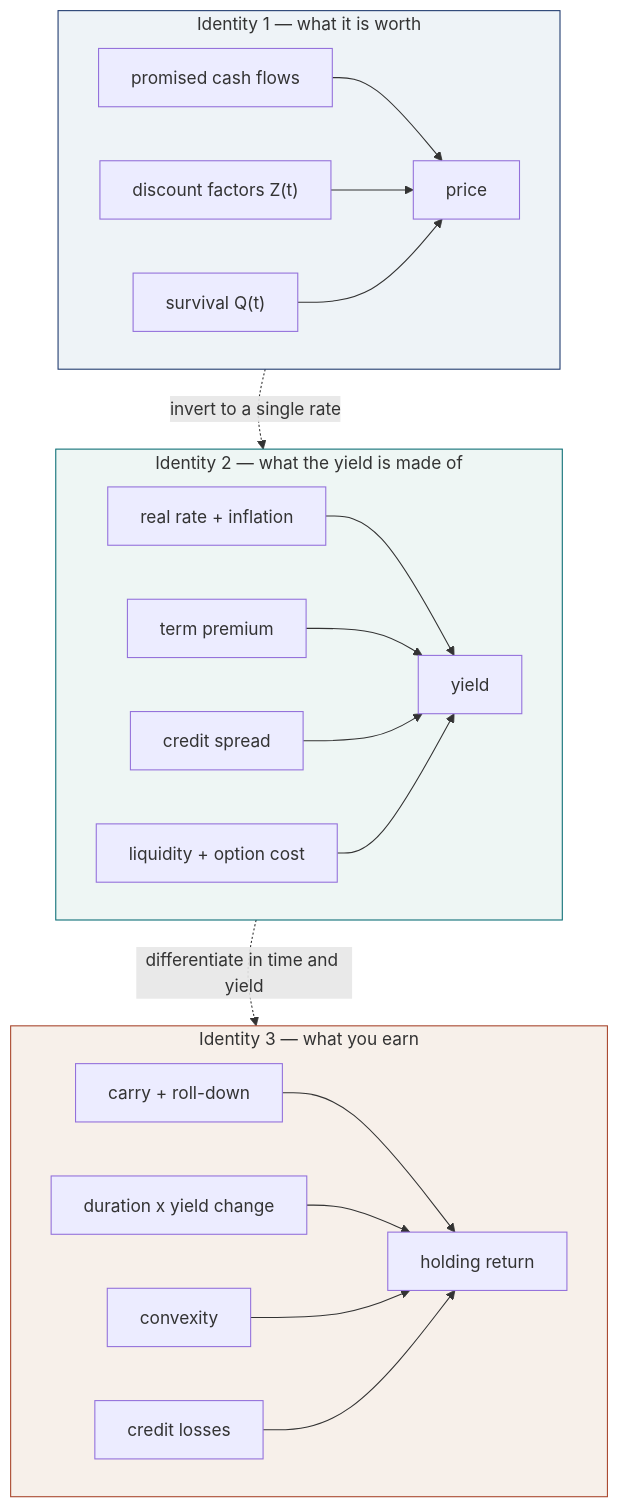
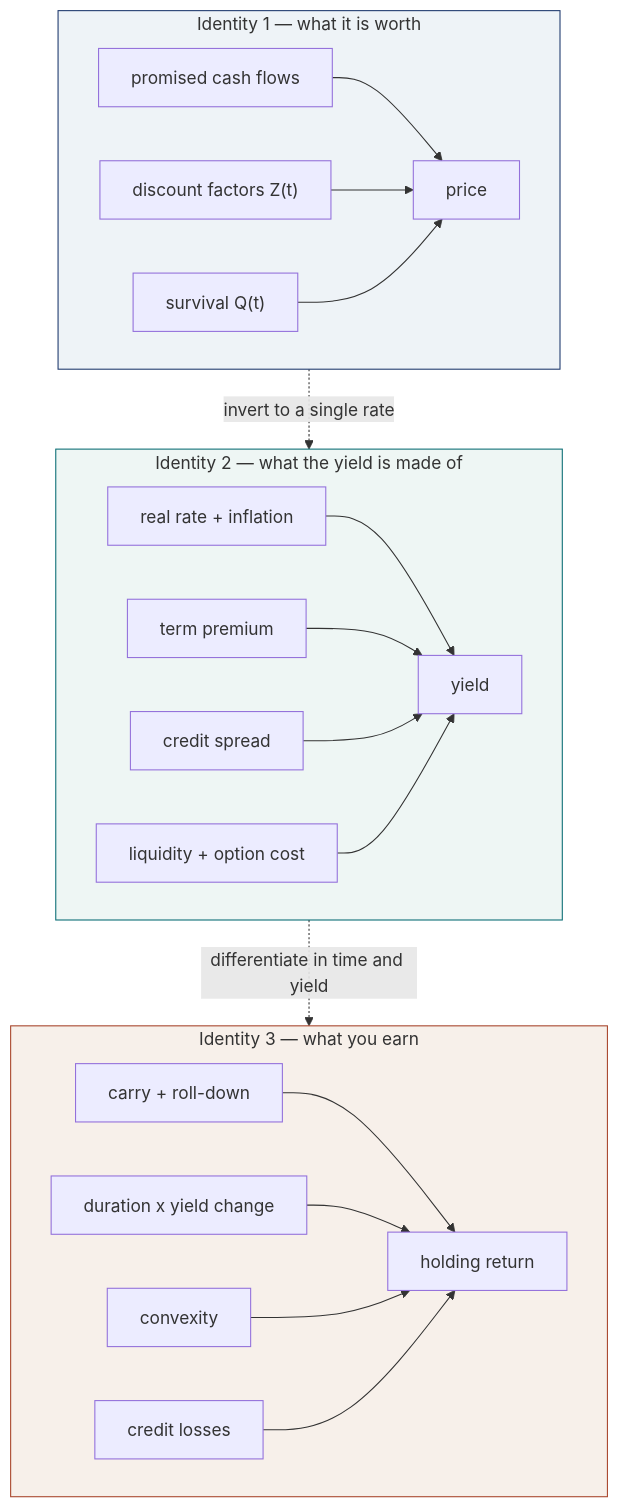
The first of 6 diagrams in bond_markets.md (rmahfoud/quant-research), drawn with Mermaid before and after one commit. The commit also changed other lines of this file and 19 other files, not shown here.

````diff
--- a/bond_markets.md
+++ b/bond_markets.md
@@ -429,29 +431,28 @@
 ```mermaid
 flowchart TB
     subgraph ID1["Identity 1 — what it is worth"]
         direction LR
         A1["promised cash flows"] --> A2["price"]
         A3["discount factors Z(t)"] --> A2
         A4["survival Q(t)"] --> A2
     end
     subgraph ID2["Identity 2 — what the yield is made of"]
         direction LR
         B1["real rate + inflation"] --> B5["yield"]
         B2["term premium"] --> B5
         B3["credit spread"] --> B5
         B4["liquidity + option cost"] --> B5
     end
     subgraph ID3["Identity 3 — what you earn"]
         direction LR
         C1["carry + roll-down"] --> C5["holding return"]
         C2["duration x yield change"] --> C5
         C3["convexity"] --> C5
         C4["credit losses"] --> C5
     end
-    ID1 ~~~ ID2 ~~~ ID3
-    A2 -.->|"invert to a single rate"| B5
-    B5 -.->|"differentiate in time and yield"| C5
+    ID1 -.->|"invert to a single rate"| ID2
+    ID2 -.->|"differentiate in time and yield"| ID3
     style ID1 fill:#eef3f7,stroke:#1F3A6E
     style ID2 fill:#eef6f4,stroke:#0B6E75
     style ID3 fill:#f7f0ea,stroke:#A8452B
 ```
````
